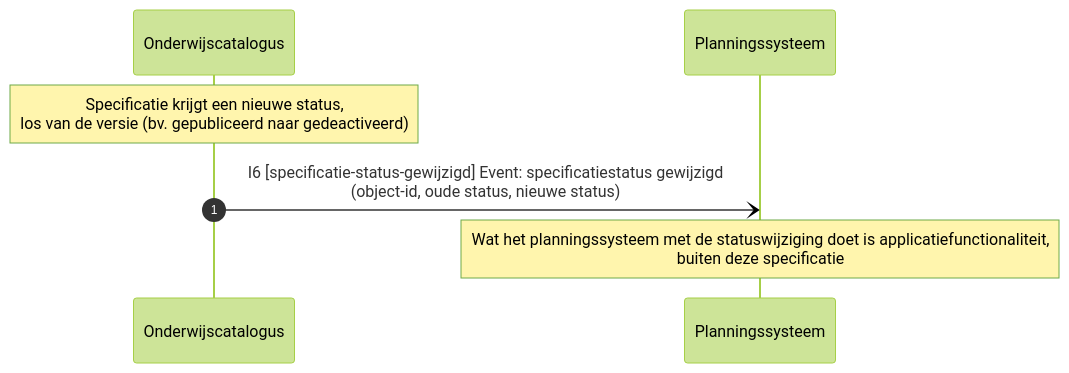
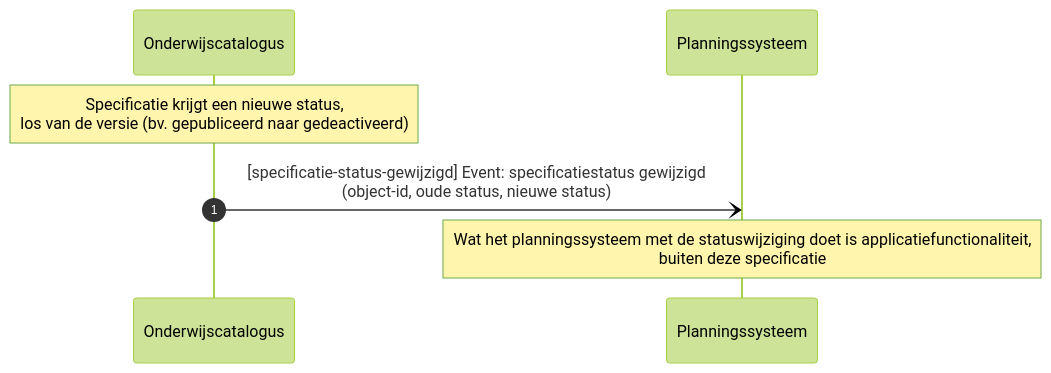
Before and after one commit to Npuls-OKx/Public: the sixth of 9 diagrams in Koppelvlakspecificaties/Koppelingspecificaties/onderwijscatalogus-planning-en-roostering.md, drawn with Mermaid (forest theme). The commit also changed other lines of this file and 5 other files, not shown here.

````diff
--- a/Koppelvlakspecificaties/Koppelingspecificaties/onderwijscatalogus-planning-en-roostering.md
+++ b/Koppelvlakspecificaties/Koppelingspecificaties/onderwijscatalogus-planning-en-roostering.md
@@ -242,10 +204,10 @@
 ```mermaid
 sequenceDiagram
     autonumber
     participant Onderwijscatalogus
     participant Planningssysteem
 
     Note over Onderwijscatalogus: Specificatie krijgt een nieuwe status,<br/>los van de versie (bv. gepubliceerd naar gedeactiveerd)
-    Onderwijscatalogus-)Planningssysteem: I6 [specificatie-status-gewijzigd] Event: specificatiestatus gewijzigd<br/>(object-id, oude status, nieuwe status)
+    Onderwijscatalogus-)Planningssysteem: [specificatie-status-gewijzigd] Event: specificatiestatus gewijzigd<br/>(object-id, oude status, nieuwe status)
     Note over Planningssysteem: Wat het planningssysteem met de statuswijziging doet is applicatiefunctionaliteit,<br/>buiten deze specificatie
 ```
````
